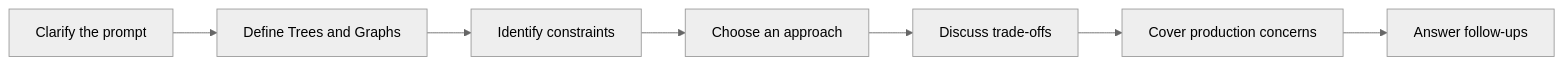
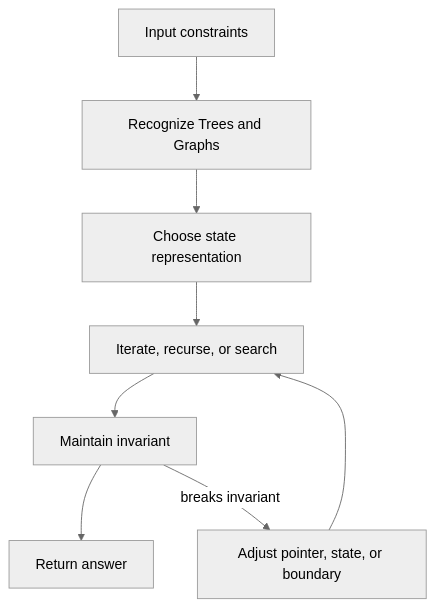
The diagram in data-structures/trees-graphs/index.md (abstractinterviews/abstractinterviews.github.io), drawn with Mermaid (neutral theme) before and after one commit. The commit also changed other lines of this file and 278 other files, not shown here.

````diff
--- a/data-structures/trees-graphs/index.md
+++ b/data-structures/trees-graphs/index.md
@@ -128,9 +130,10 @@
-~~~mermaid
-flowchart LR
-    A["Clarify the prompt"] --> B["Define Trees and Graphs"]
-    B --> C["Identify constraints"]
-    C --> D["Choose an approach"]
-    D --> E["Discuss trade-offs"]
-    E --> F["Cover production concerns"]
-    F --> G["Answer follow-ups"]
-~~~
+```mermaid
+flowchart TD
+    Input["Input constraints"] --> Pattern["Recognize Trees and Graphs"]
+    Pattern --> State["Choose state representation"]
+    State --> Iterate["Iterate, recurse, or search"]
+    Iterate --> Check["Maintain invariant"]
+    Check --> Result["Return answer"]
+    Check -->|breaks invariant| Fix["Adjust pointer, state, or boundary"]
+    Fix --> Iterate
+```
````
